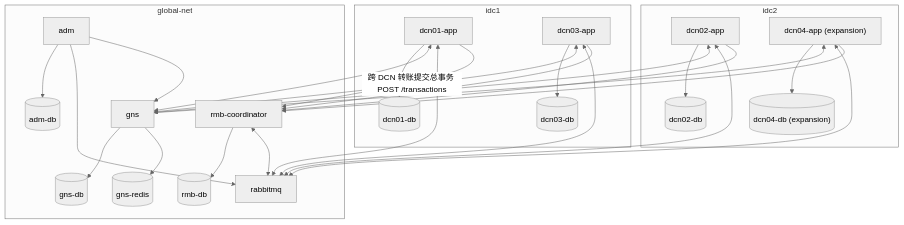
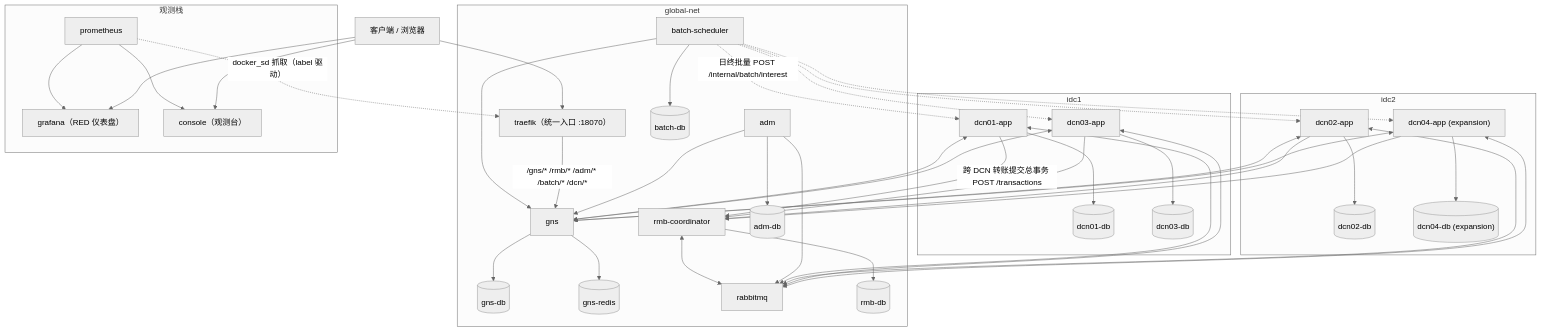
Before and after one commit to ProjAnvil/Jiade: the diagram in templates/dcn/README.zh-CN.md, drawn with Mermaid (neutral theme). The commit also changed other lines of this file and 6 other files, not shown here.

Commit message:
feat(dcn): verify gate 8 (day-end batch), docs, observability entrypoints, re-embed tar

````diff
--- a/templates/dcn/README.zh-CN.md
+++ b/templates/dcn/README.zh-CN.md
@@ -13,48 +13,70 @@
 ```mermaid
 flowchart TB
+    client["客户端 / 浏览器"]
     subgraph idc1["idc1"]
         dcn01app["dcn01-app"]
         dcn01db[("dcn01-db")]
         dcn03app["dcn03-app"]
         dcn03db[("dcn03-db")]
         dcn01app --> dcn01db
         dcn03app --> dcn03db
     end
     subgraph idc2["idc2"]
         dcn02app["dcn02-app"]
         dcn02db[("dcn02-db")]
         dcn04app["dcn04-app (expansion)"]
         dcn04db[("dcn04-db (expansion)")]
         dcn02app --> dcn02db
         dcn04app --> dcn04db
     end
     subgraph globalnet["global-net"]
+        traefik["traefik（统一入口 :18070）"]
         gns["gns"]
         gnsdb[("gns-db")]
         redis[("gns-redis")]
         mq["rabbitmq"]
         rmb["rmb-coordinator"]
         rmbdb[("rmb-db")]
         adm["adm"]
         admdb[("adm-db")]
+        batch["batch-scheduler"]
+        batchdb[("batch-db")]
         gns --> gnsdb
         gns --> redis
         rmb --> rmbdb
         rmb <--> mq
         adm --> admdb
         adm --> mq
+        batch --> batchdb
+        batch --> gns
+        traefik -->|"/gns/* /rmb/* /adm/* /batch/* /dcn/*"| gns
     end
+    subgraph obs["观测栈"]
+        prom["prometheus"]
+        grafana["grafana（RED 仪表盘）"]
+        console["console（观测台）"]
+        prom --> grafana
+        prom --> console
+    end
+    client --> traefik
+    client --> grafana
+    client --> console
     dcn01app <--> gns
     dcn02app <--> gns
     dcn03app <--> gns
     dcn04app <--> gns
     dcn01app <--> mq
     dcn02app <--> mq
     dcn03app <--> mq
     dcn04app <--> mq
     dcn01app -->|跨 DCN 转账提交总事务 POST /transactions| rmb
     dcn02app --> rmb
     dcn03app --> rmb
     dcn04app --> rmb
+    batch -.->|"日终批量 POST /internal/batch/interest"| dcn01app
+    batch -.-> dcn02app
+    batch -.-> dcn03app
+    batch -.-> dcn04app
     adm --> gns
+    prom -.->|"docker_sd 抓取（label 驱动）"| traefik
 ```
````
